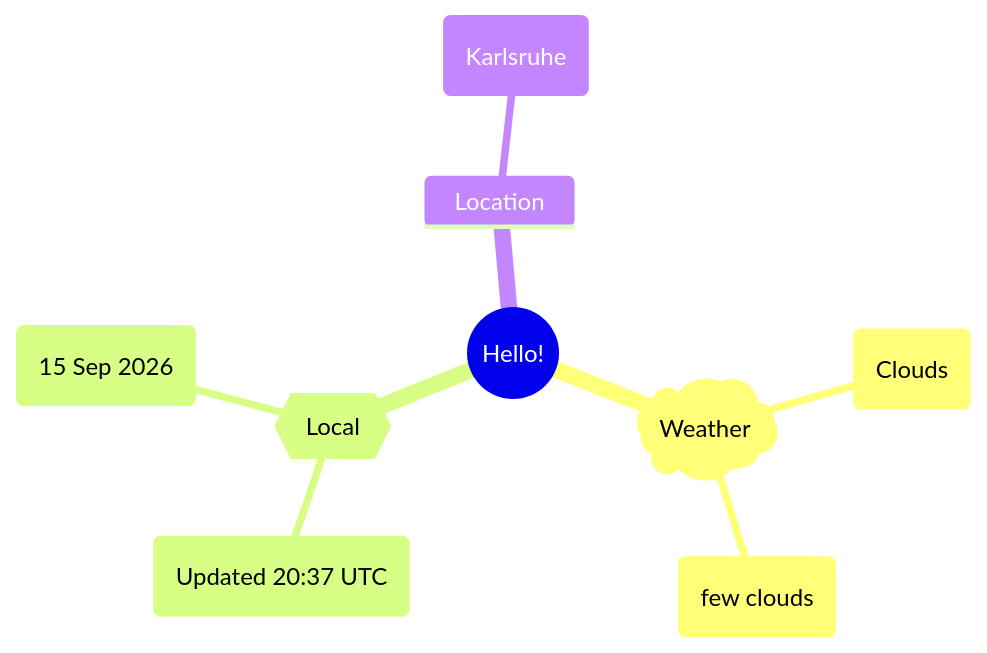
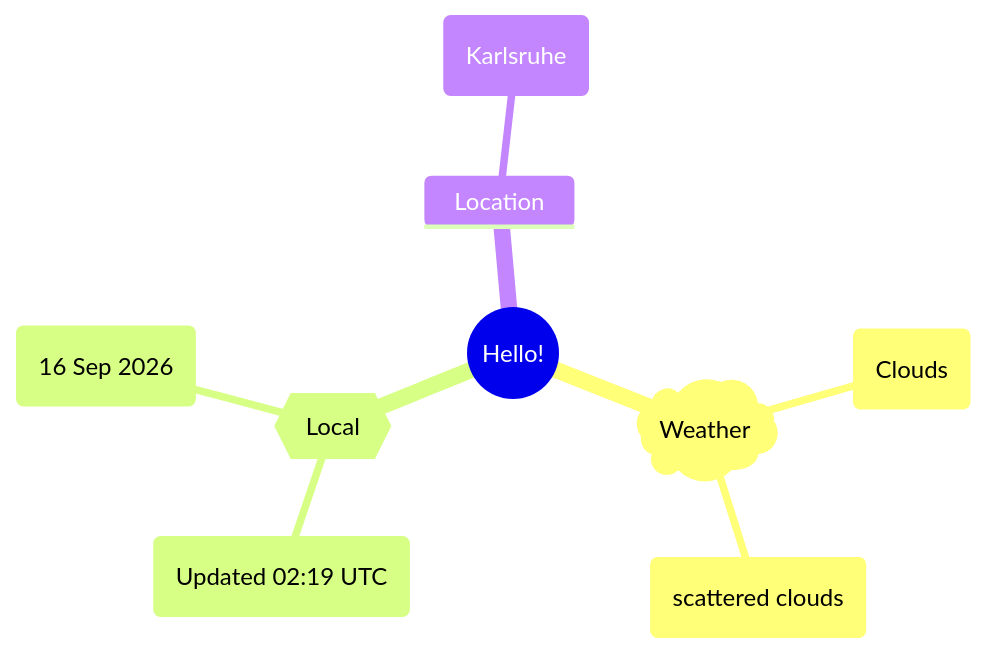
The first of 2 diagrams in README.md (Xosrov/Xosrov), drawn with Mermaid before and after one commit.

Commit message:
[bot] updated images

````diff
--- a/README.md
+++ b/README.md
@@ -3,12 +3,12 @@
 ```mermaid
 mindmap
   root((Hello!))
     )Weather(
         (Clouds)
-        (few clouds)
+        (scattered clouds)
     {{Local}}
-        (Updated 20:37 UTC)
-        (15 Sep 2026)
+        (Updated 02:19 UTC)
+        (16 Sep 2026)
     Location
         (Karlsruhe)
 ```
````
